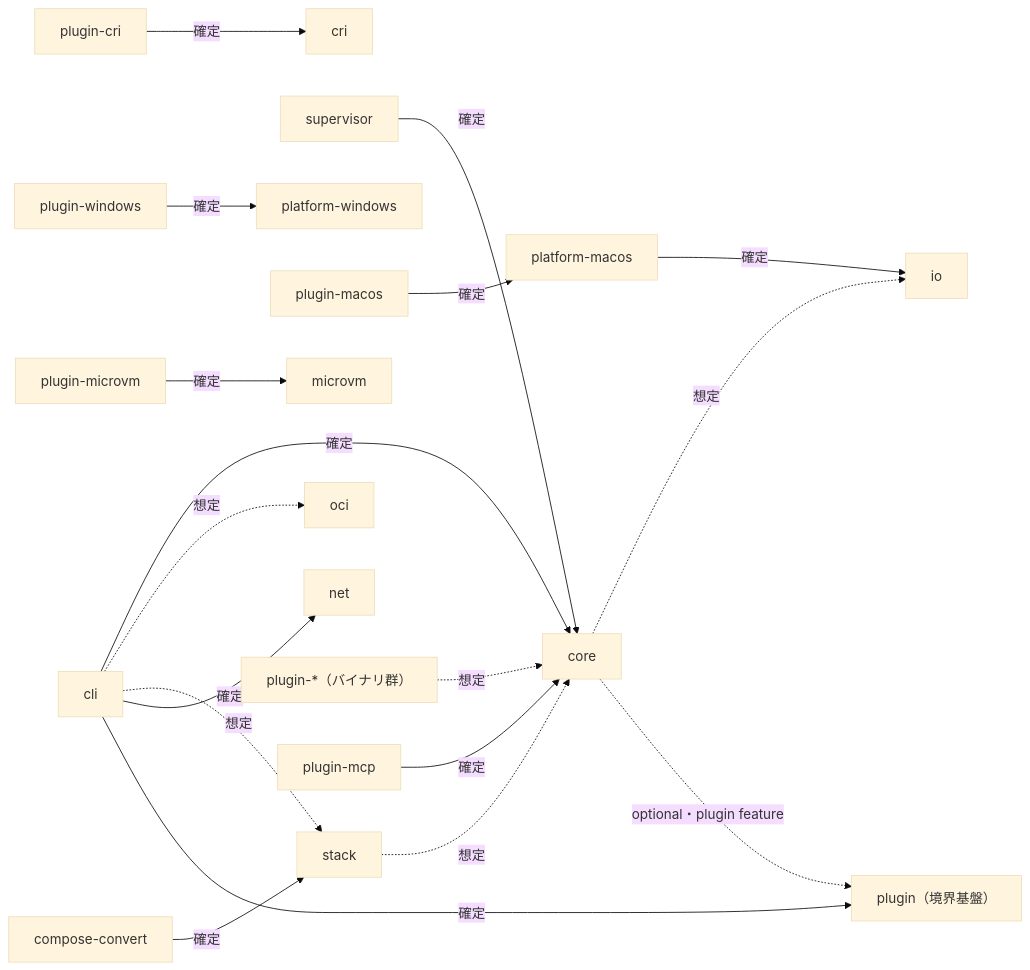
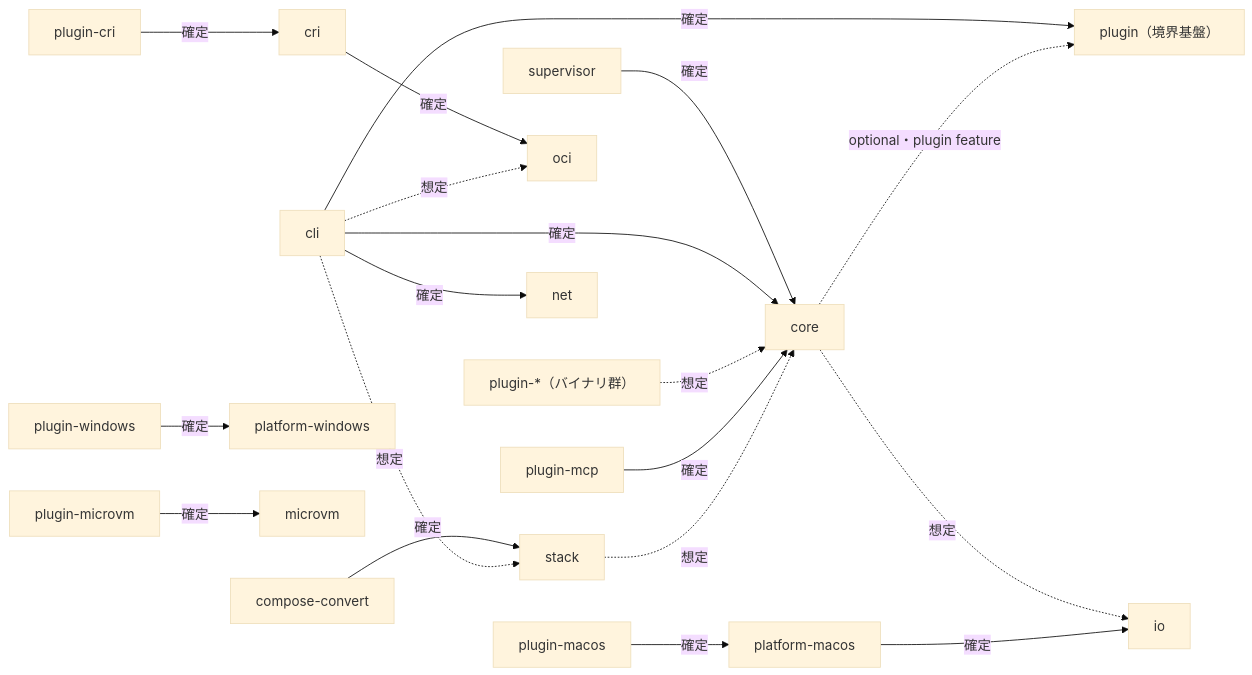
One commit to Fandhe-AI/fandhe-container changed the second of 2 diagrams in docs/architecture.md. Above: the diagram before and after it, drawn with Mermaid (base theme). The commit also changed other lines of this file and 7 other files, not shown here.

````diff
--- a/docs/architecture.md
+++ b/docs/architecture.md
@@ -136,21 +136,22 @@
 ```mermaid
 flowchart LR
     compose_convert["compose-convert"] -->|確定| stack
     supervisor -->|確定| core
     plugin_cri["plugin-cri"] -->|確定| cri
+    cri -->|確定| oci
     plugin_macos["plugin-macos"] -->|確定| platform_macos["platform-macos"]
     plugin_windows["plugin-windows"] -->|確定| platform_windows["platform-windows"]
     plugin_microvm["plugin-microvm"] -->|確定| microvm
 
     core -.->|想定| io
     cli -->|確定| core
     cli -.->|想定| oci
     cli -.->|想定| stack
     cli -->|確定| net
     cli -->|確定| plugin
     platform_macos -->|確定| io
     plugin_star["plugin-*（バイナリ群）"] -.->|想定| core
     plugin_mcp["plugin-mcp"] -->|確定| core
     core -.->|optional・plugin feature| plugin["plugin（境界基盤）"]
     stack -.->|想定| core
 ```
````
